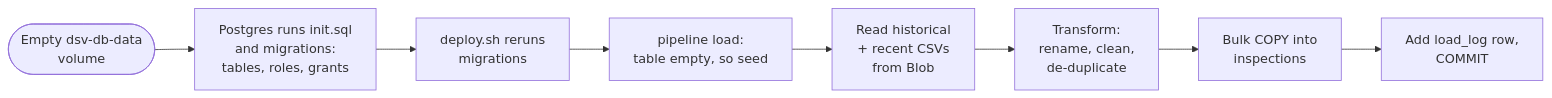
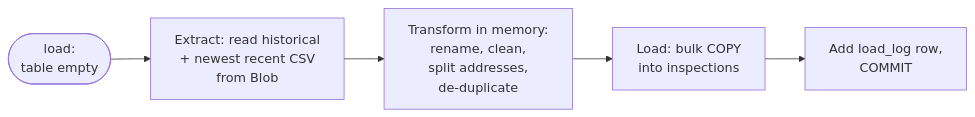
One commit to im-kenough/DineSafeViz changed the second of 3 diagrams in docs-new/ref/3-1-data-architecture.md. Above: the diagram before and after it, drawn with Mermaid. The commit also changed other lines of this file and 9 other files, not shown here.

First line of the commit message:
docs: update data architecture docs (#268)

````diff
--- a/docs-new/ref/3-1-data-architecture.md
+++ b/docs-new/ref/3-1-data-architecture.md
@@ -92,10 +110,7 @@
 ```mermaid
 flowchart LR
-    vol(["Empty dsv-db-data<br/>volume"]) --> init["Postgres runs init.sql<br/>and migrations:<br/>tables, roles, grants"]
-    init --> deploy["deploy.sh reruns<br/>migrations"]
-    deploy --> load["pipeline load:<br/>table empty, so seed"]
-    load --> read["Read historical<br/>+ recent CSVs<br/>from Blob"]
-    read --> xform["Transform:<br/>rename, clean,<br/>de-duplicate"]
-    xform --> copy["Bulk COPY into<br/>inspections"]
+    load(["load:<br/>table empty"]) --> read["Extract: read historical<br/>+ newest recent CSV<br/>from Blob"]
+    read --> xform["Transform in memory:<br/>rename, clean,<br/>split addresses,<br/>de-duplicate"]
+    xform --> copy["Load: bulk COPY<br/>into inspections"]
     copy --> log["Add load_log row,<br/>COMMIT"]
 ```
````
